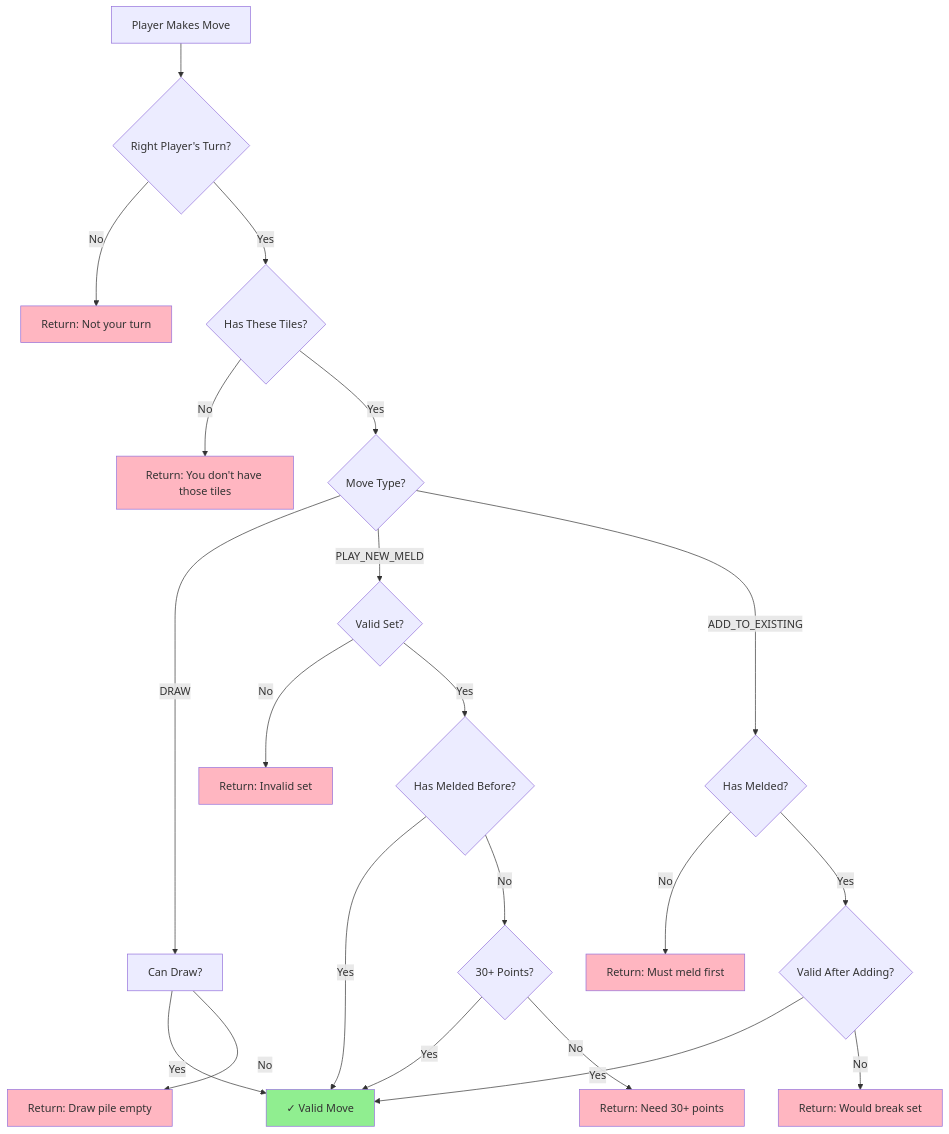
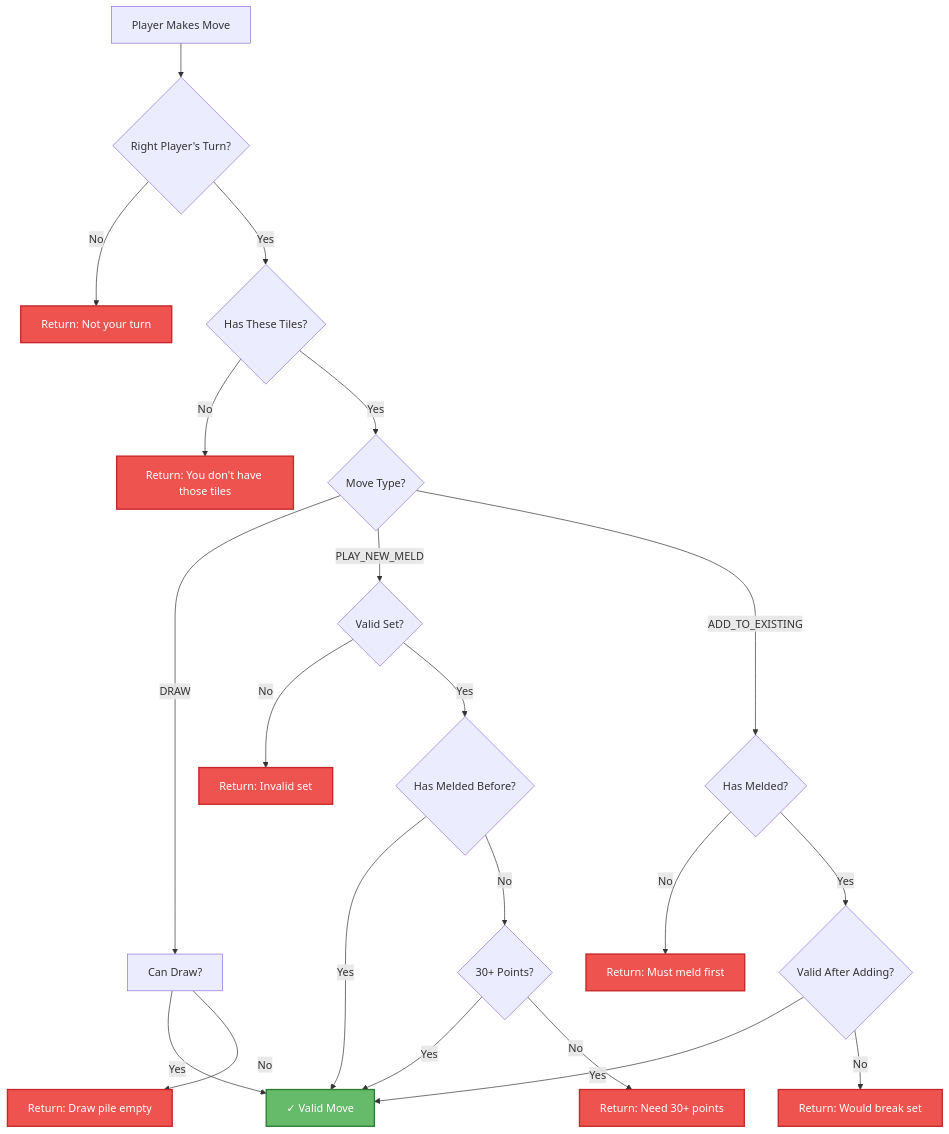
The second of 2 diagrams in docs/game-mechanics/implementation.md (stevenfazzio/educational-rummikub), drawn with Mermaid before and after one commit. The commit also changed 2 other files, not shown here.

Commit message:
Improve Mermaid diagram colors for better readability
Updated color schemes in three documentation files:
- overview.md: System Architecture diagram
- project-structure.md: File Dependencies diagram
- implementation.md: Validation flowchart

Changes:
- Added darker borders and stroke-width for better definition
- Used more saturated colors with better contrast
- Ensured white text on dark backgrounds, black on light
- Consistent color coding across diagrams (green for data, blue for UI, etc.)

````diff
--- a/docs/game-mechanics/implementation.md
+++ b/docs/game-mechanics/implementation.md
@@ -196,35 +196,35 @@
 ```mermaid
 flowchart TD
     A[Player Makes Move] --> B{Right Player's Turn?}
     B -->|No| C[Return: Not your turn]
     B -->|Yes| D{Has These Tiles?}
     D -->|No| E[Return: You don't have those tiles]
     D -->|Yes| F{Move Type?}
     
     F -->|DRAW| G[Can Draw?]
     G -->|Yes| H[✓ Valid Move]
     G -->|No| I[Return: Draw pile empty]
     
     F -->|PLAY_NEW_MELD| J{Valid Set?}
     J -->|No| K[Return: Invalid set]
     J -->|Yes| L{Has Melded Before?}
     L -->|Yes| H
     L -->|No| M{30+ Points?}
     M -->|Yes| H
     M -->|No| N[Return: Need 30+ points]
     
     F -->|ADD_TO_EXISTING| O{Has Melded?}
     O -->|No| P[Return: Must meld first]
     O -->|Yes| Q{Valid After Adding?}
     Q -->|Yes| H
     Q -->|No| R[Return: Would break set]
     
-    style H fill:#90EE90
-    style C fill:#FFB6C1
-    style E fill:#FFB6C1
-    style I fill:#FFB6C1
-    style K fill:#FFB6C1
-    style N fill:#FFB6C1
-    style P fill:#FFB6C1
-    style R fill:#FFB6C1
+    style H fill:#66BB6A,stroke:#2E7D32,stroke-width:2px,color:#fff
+    style C fill:#EF5350,stroke:#C62828,stroke-width:2px,color:#fff
+    style E fill:#EF5350,stroke:#C62828,stroke-width:2px,color:#fff
+    style I fill:#EF5350,stroke:#C62828,stroke-width:2px,color:#fff
+    style K fill:#EF5350,stroke:#C62828,stroke-width:2px,color:#fff
+    style N fill:#EF5350,stroke:#C62828,stroke-width:2px,color:#fff
+    style P fill:#EF5350,stroke:#C62828,stroke-width:2px,color:#fff
+    style R fill:#EF5350,stroke:#C62828,stroke-width:2px,color:#fff
 ```
````
